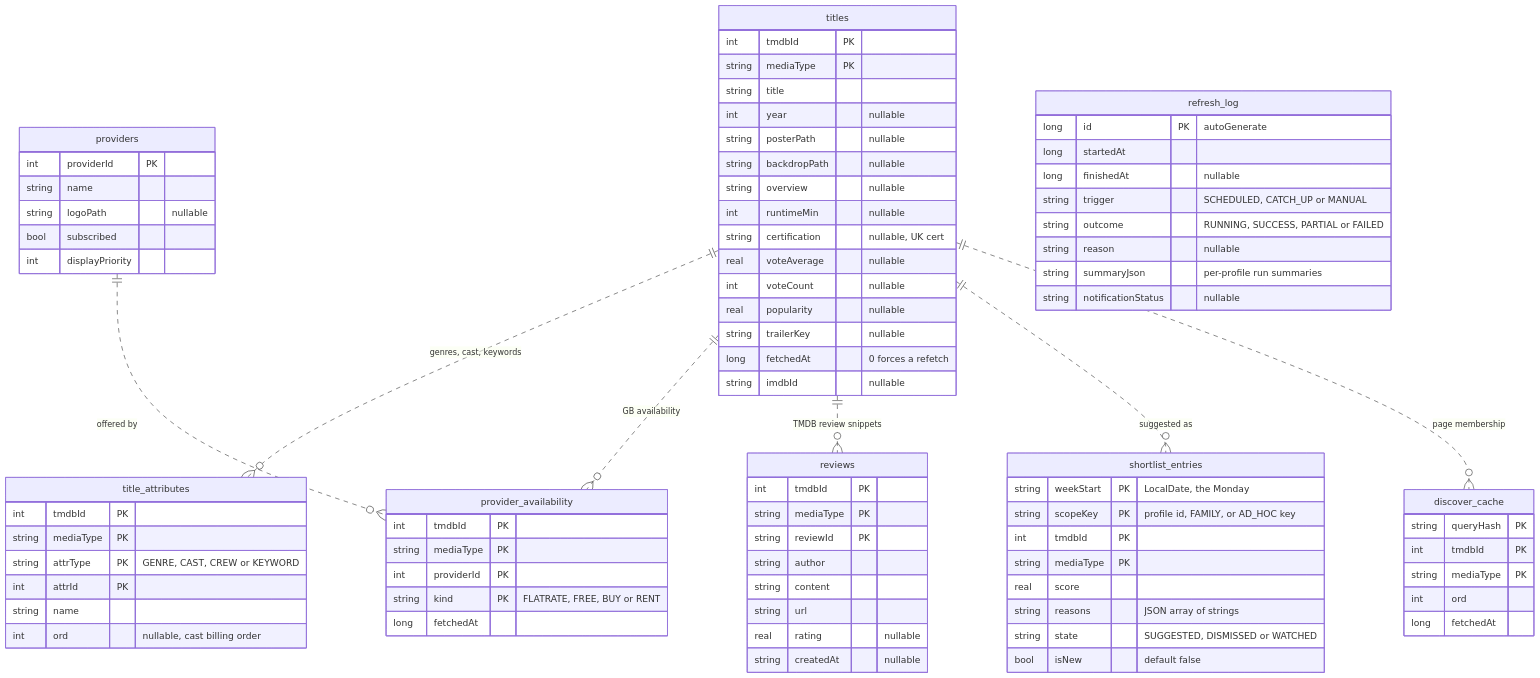
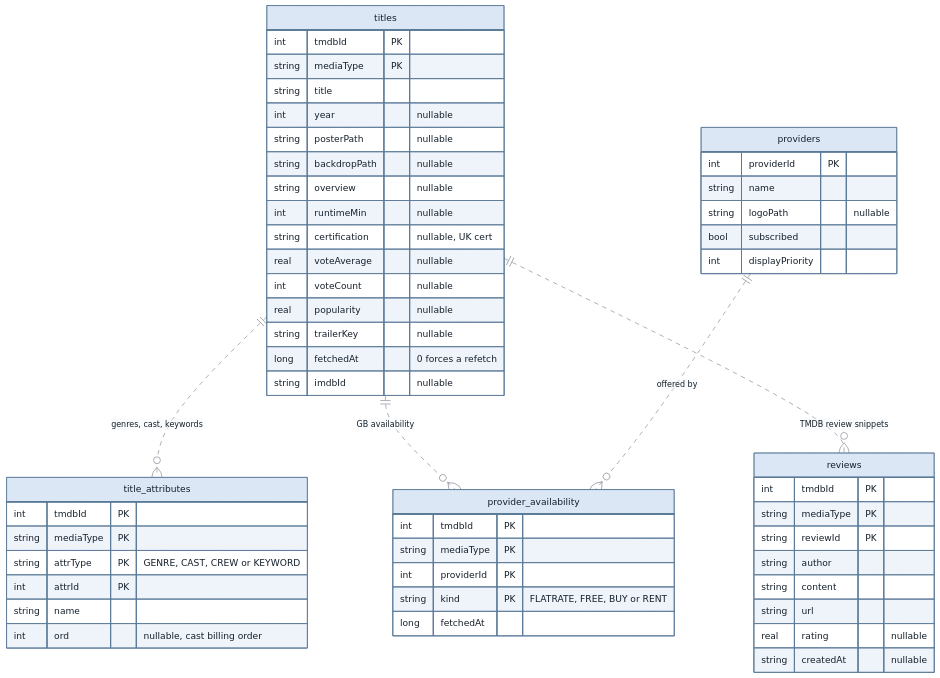
The fourth of 9 diagrams in docs/ARCHITECTURE.md (kevclark/familyWatchList), drawn with Mermaid before and after one commit.

Commit message:
docs: split ER diagrams and theme Mermaid for dark mode
The two big ER diagrams rendered tiny and clipped on GitHub. Split
them into four smaller ones and give every diagram an explicit
mid-tone theme that reads on both light and dark pages.

Claude-Session: https://claude.ai/code/session_01Qadx4jcJUeE3ZbjSHpEpUb

````diff
--- a/docs/ARCHITECTURE.md
+++ b/docs/ARCHITECTURE.md
@@ -215,4 +229,5 @@
 ```mermaid
+%%{init: {'theme':'base','themeVariables':{'primaryColor':'#dbe7f5','primaryTextColor':'#15202b','primaryBorderColor':'#5b7a99','secondaryColor':'#eef2f6','tertiaryColor':'#f6f8fa','lineColor':'#6e7681','textColor':'#6e7681','attributeBackgroundColorOdd':'#f3f6fa','attributeBackgroundColorEven':'#e4ebf3','signalColor':'#6e7681','signalTextColor':'#6e7681','loopTextColor':'#6e7681','labelTextColor':'#15202b','actorLineColor':'#6e7681','noteBkgColor':'#fff5c2','noteTextColor':'#15202b','noteBorderColor':'#b59a2c','clusterBkg':'#eef2f6','clusterBorder':'#5b7a99'}}}%%
 erDiagram
     titles {
         int tmdbId PK
@@ -263,38 +278,9 @@
         real rating "nullable"
         string createdAt "nullable"
     }
-    shortlist_entries {
-        string weekStart PK "LocalDate, the Monday"
-        string scopeKey PK "profile id, FAMILY, or AD_HOC key"
-        int tmdbId PK
-        string mediaType PK
-        real score
-        string reasons "JSON array of strings"
-        string state "SUGGESTED, DISMISSED or WATCHED"
-        bool isNew "default false"
-    }
-    discover_cache {
-        string queryHash PK
-        int tmdbId PK
-        string mediaType PK
-        int ord
-        long fetchedAt
-    }
-    refresh_log {
-        long id PK "autoGenerate"
-        long startedAt
-        long finishedAt "nullable"
-        string trigger "SCHEDULED, CATCH_UP or MANUAL"
-        string outcome "RUNNING, SUCCESS, PARTIAL or FAILED"
-        string reason "nullable"
-        string summaryJson "per-profile run summaries"
-        string notificationStatus "nullable"
-    }
 
     titles ||..o{ title_attributes : "genres, cast, keywords"
     titles ||..o{ provider_availability : "GB availability"
     providers ||..o{ provider_availability : "offered by"
     titles ||..o{ reviews : "TMDB review snippets"
-    titles ||..o{ shortlist_entries : "suggested as"
-    titles ||..o{ discover_cache : "page membership"
 ```
````
